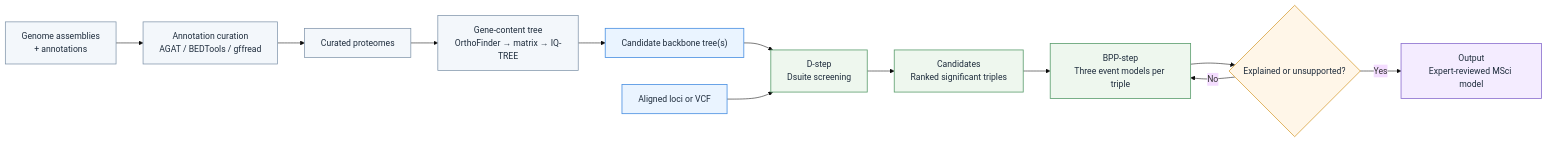
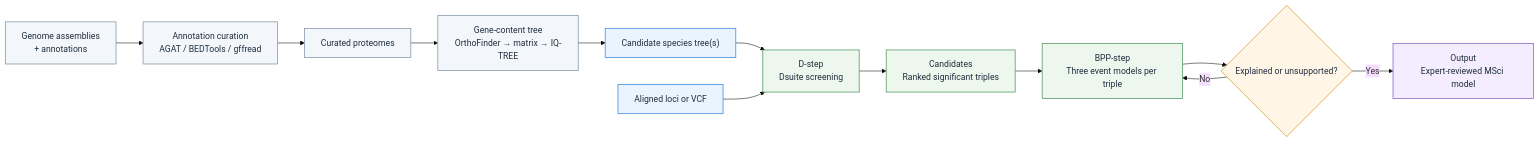
Before and after one commit to yangyang9608/D-BPP_Workflow: the diagram in README.md, drawn with Mermaid (base theme). The commit also changed other lines of this file, not shown here.

````diff
--- a/README.md
+++ b/README.md
@@ -14,33 +14,33 @@
 ```mermaid
 flowchart LR
     G["Genome assemblies<br/>+ annotations"]
     H["Annotation curation<br/>AGAT / BEDTools / gffread"]
     I["Curated proteomes"]
     J["Gene-content tree<br/>OrthoFinder → matrix → IQ-TREE"]
-    T["Candidate backbone tree(s)"]
+    T["Candidate species tree(s)"]
     A["Aligned loci or VCF"]
     B["D-step<br/>Dsuite screening"]
     C["Candidates<br/>Ranked significant triples"]
     D["BPP-step<br/>Three event models per triple"]
     E{"Explained or unsupported?"}
     F["Output<br/>Expert-reviewed MSci model"]
 
     G --> H --> I --> J --> T
     T --> B
     A --> B
     B --> C --> D --> E
     E -- "No" --> D
     E -- "Yes" --> F
 
     classDef upstream fill:#F3F7FB,stroke:#7A8FA6,stroke-width:1.3px,color:#1F2D3D;
     classDef input fill:#EAF4FF,stroke:#4A90E2,stroke-width:1.5px,color:#1F2D3D;
     classDef process fill:#EEF7EE,stroke:#5C9E6E,stroke-width:1.5px,color:#1F2D3D;
     classDef decision fill:#FFF6E8,stroke:#D9A441,stroke-width:1.5px,color:#1F2D3D;
     classDef output fill:#F4ECFF,stroke:#8B6FCF,stroke-width:1.5px,color:#1F2D3D;
 
     class G,H,I,J upstream;
     class T,A input;
     class B,C,D process;
     class E decision;
     class F output;
 ```
````
